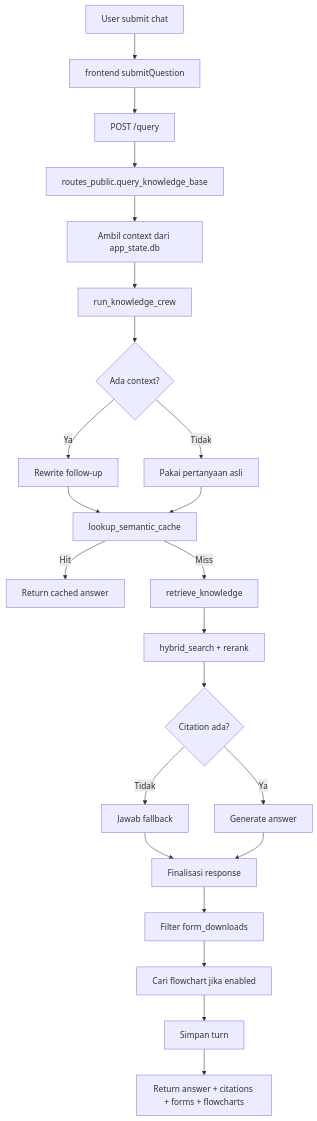
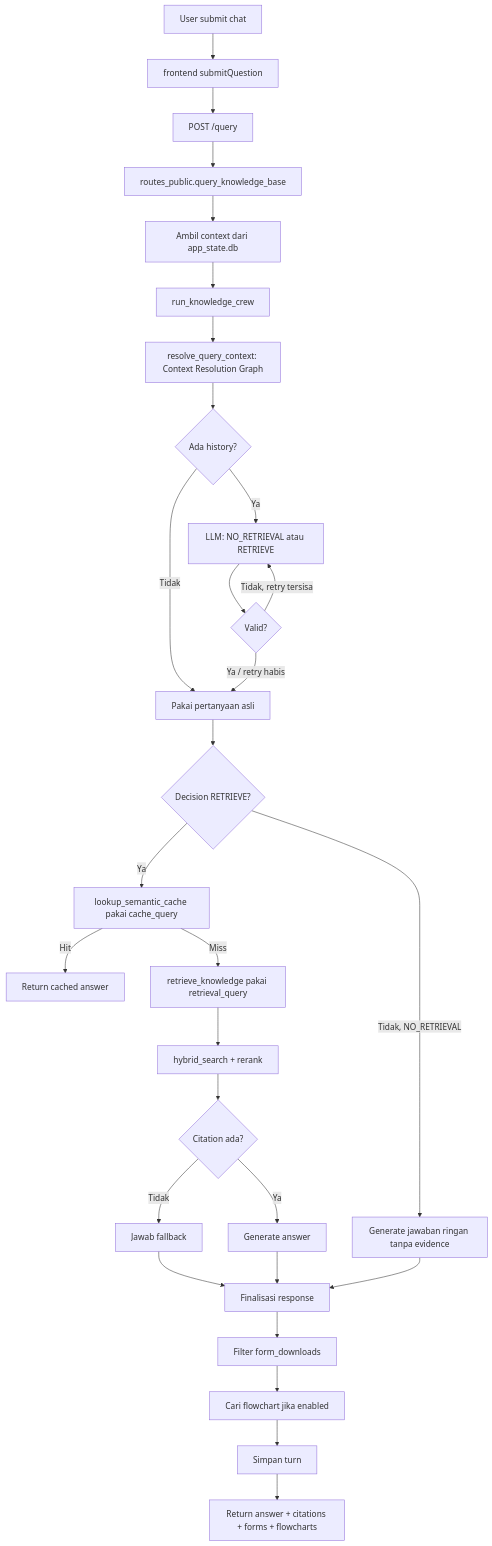
One commit to Akram17t/Internship changed the first of 5 diagrams in Capstone/docs/SYSTEM_FLOWS.md. Above: the diagram before and after it, drawn with Mermaid. The commit also changed other lines of this file and 18 other files, not shown here.

Commit message:
feat : change context switching schema to use langGraph & update admin guides

````diff
--- a/Capstone/docs/SYSTEM_FLOWS.md
+++ b/Capstone/docs/SYSTEM_FLOWS.md
@@ -8,25 +8,31 @@
 ```mermaid
 flowchart TD
   A[User submit chat] --> B[frontend submitQuestion]
   B --> C[POST /query]
   C --> D[routes_public.query_knowledge_base]
   D --> E[Ambil context dari app_state.db]
   E --> F[run_knowledge_crew]
-  F --> G{Ada context?}
-  G -->|Ya| H[Rewrite follow-up]
-  G -->|Tidak| I[Pakai pertanyaan asli]
-  H --> J[lookup_semantic_cache]
-  I --> J
+  F --> G[resolve_query_context: Context Resolution Graph]
+  G --> G1{Ada history?}
+  G1 -->|Tidak| G4[Pakai pertanyaan asli]
+  G1 -->|Ya| G2[LLM: NO_RETRIEVAL atau RETRIEVE]
+  G2 --> G3{Valid?}
+  G3 -->|Tidak, retry tersisa| G2
+  G3 -->|Ya / retry habis| G4
+  G4 --> H{Decision RETRIEVE?}
+  H -->|Tidak, NO_RETRIEVAL| P2[Generate jawaban ringan tanpa evidence]
+  H -->|Ya| J[lookup_semantic_cache pakai cache_query]
   J -->|Hit| K[Return cached answer]
-  J -->|Miss| L[retrieve_knowledge]
+  J -->|Miss| L[retrieve_knowledge pakai retrieval_query]
   L --> M[hybrid_search + rerank]
   M --> N{Citation ada?}
   N -->|Tidak| O[Jawab fallback]
   N -->|Ya| P[Generate answer]
   O --> Q[Finalisasi response]
   P --> Q
+  P2 --> Q
   Q --> R[Filter form_downloads]
   R --> S[Cari flowchart jika enabled]
   S --> T[Simpan turn]
   T --> U[Return answer + citations + forms + flowcharts]
 ```
````
